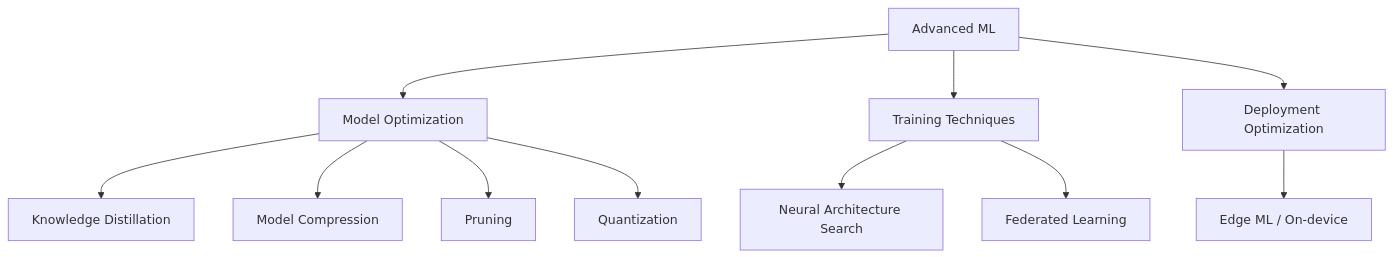
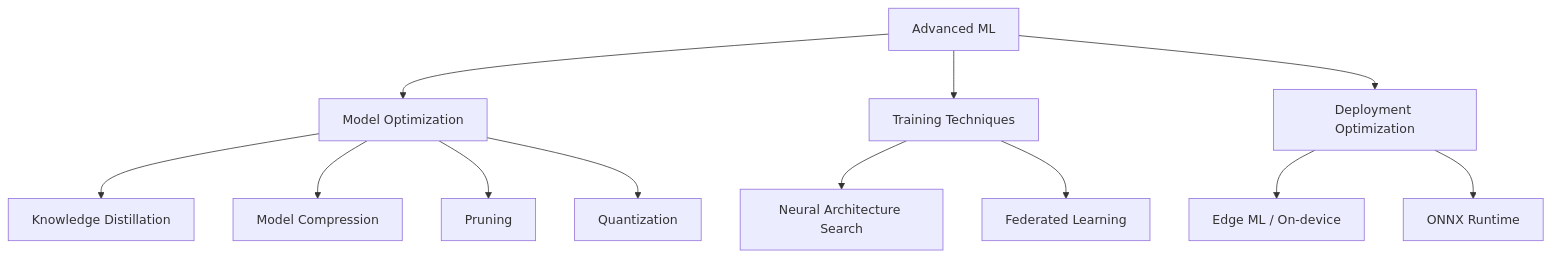
The first of 5 diagrams in src/ml/advanced/README.md (vanos001/placement_prep), drawn with Mermaid before and after one commit. The commit also changed other lines of this file and 21 other files, not shown here.

````diff
--- a/src/ml/advanced/README.md
+++ b/src/ml/advanced/README.md
@@ -9,13 +9,14 @@
 ```mermaid
 graph TD
     A[Advanced ML] --> B[Model Optimization]
     A --> C[Training Techniques]
     A --> D[Deployment Optimization]
     B --> B1[Knowledge Distillation]
     B --> B2[Model Compression]
     B --> B3[Pruning]
     B --> B4[Quantization]
     C --> C1[Neural Architecture Search]
     C --> C2[Federated Learning]
     D --> D1[Edge ML / On-device]
+    D --> D2[ONNX Runtime]
 ```
````
